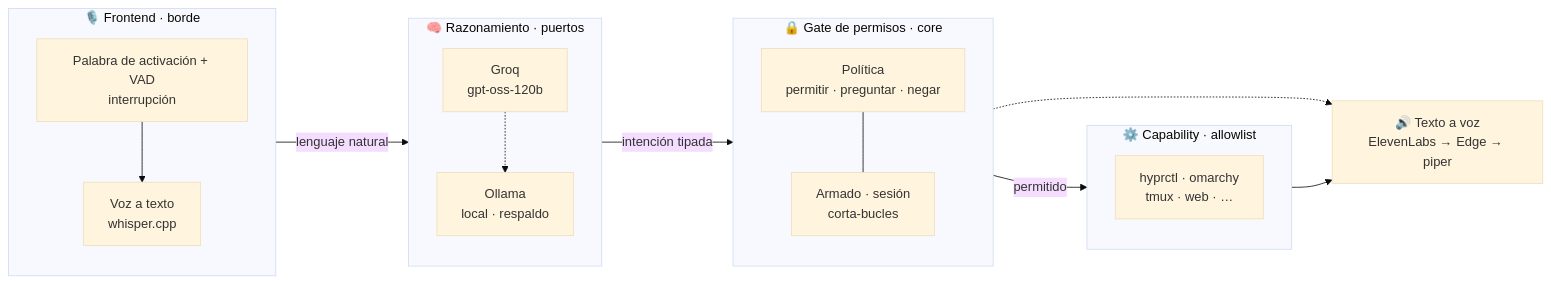
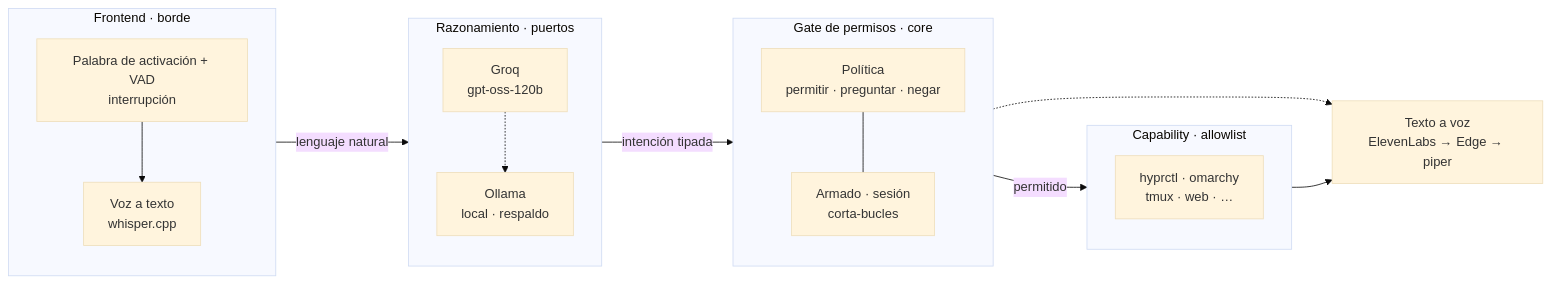
The first of 3 diagrams in README.es.md (xebastian153/hyprvalet), drawn with Mermaid (base theme) before and after one commit. The commit also changed other lines of this file and 1 other file, not shown here.

First line of the commit message:
docs(readme): neutral Spanish, and drop emojis from the diagrams

````diff
--- a/README.es.md
+++ b/README.es.md
@@ -47,28 +47,28 @@
 ```mermaid
 flowchart LR
-    subgraph FE["🎙️ Frontend · borde"]
+    subgraph FE["Frontend · borde"]
         direction TB
         WW["Palabra de activación + VAD<br/>interrupción"] --> STT["Voz a texto<br/>whisper.cpp"]
     end
 
-    subgraph BR["🧠 Razonamiento · puertos"]
+    subgraph BR["Razonamiento · puertos"]
         direction TB
         GQ["Groq<br/>gpt-oss-120b"] -.-> OL["Ollama<br/>local · respaldo"]
     end
 
-    subgraph GT["🔒 Gate de permisos · core"]
+    subgraph GT["Gate de permisos · core"]
         direction TB
         PO["Política<br/>permitir · preguntar · negar"] --- AR["Armado · sesión<br/>corta-bucles"]
     end
 
-    subgraph EX["⚙️ Capability · allowlist"]
+    subgraph EX["Capability · allowlist"]
         direction TB
         CA["hyprctl · omarchy<br/>tmux · web · …"]
     end
 
     STT -->|lenguaje natural| BR
     BR -->|intención tipada| GT
     GT -->|permitido| EX
     GT -.-> TTS
-    EX --> TTS["🔊 Texto a voz<br/>ElevenLabs → Edge → piper"]
+    EX --> TTS["Texto a voz<br/>ElevenLabs → Edge → piper"]
 ```
````
